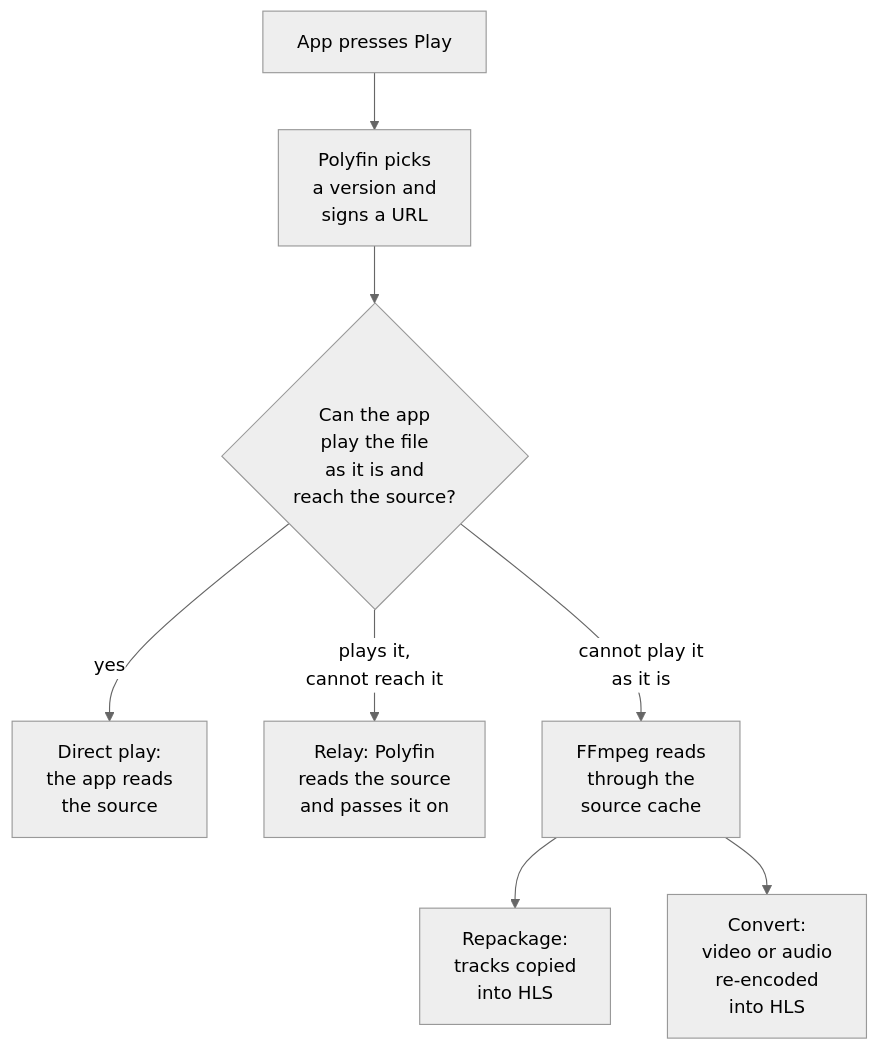
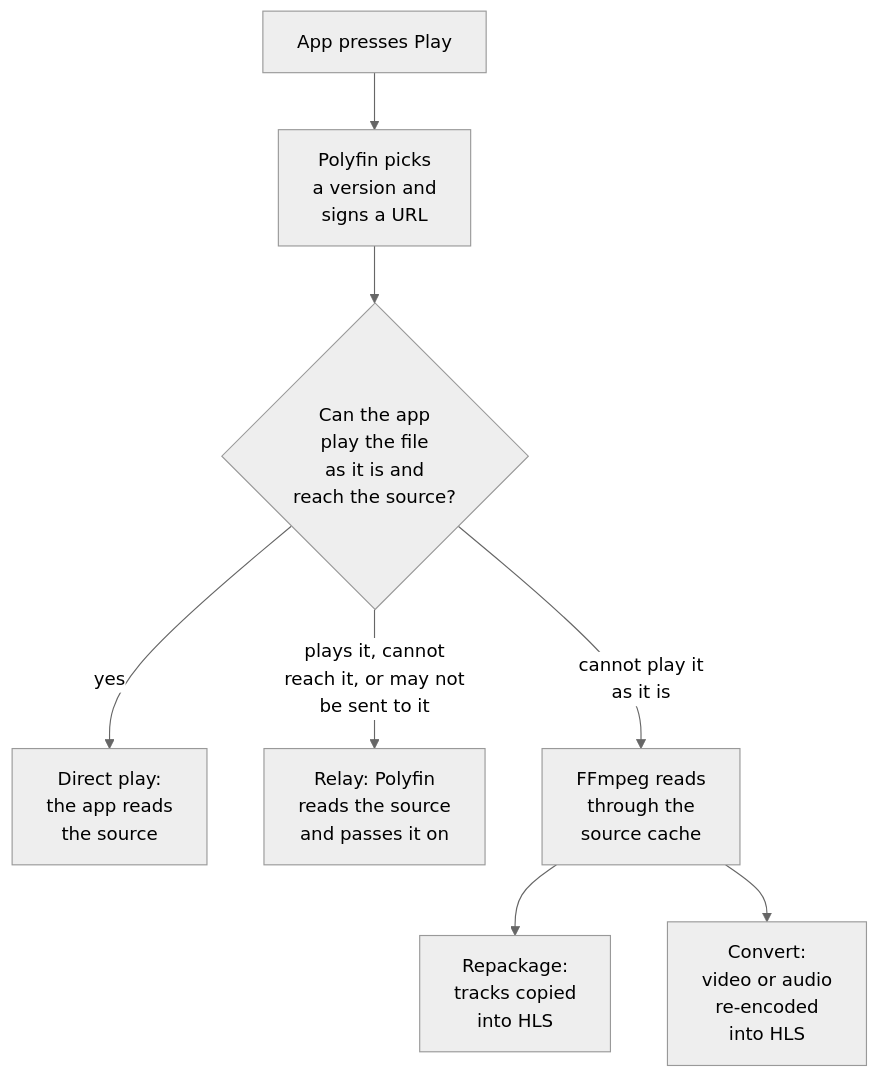
The diagram in docs/playback.md (moodiness/polyfin), drawn with Mermaid (neutral theme) before and after one commit. The commit also changed other lines of this file and 5 other files, not shown here.

First line of the commit message:
docs(playback): tell who is sent to a source

````diff
--- a/docs/playback.md
+++ b/docs/playback.md
@@ -11,10 +11,10 @@
 ```mermaid
 flowchart TD
   A["App presses Play"] --> P["Polyfin picks<br>a version and<br>signs a URL"]
   P --> Q{"Can the app<br>play the file<br>as it is and<br>reach the source?"}
   Q -->|"yes"| D["Direct play:<br>the app reads<br>the source"]
-  Q -->|"plays it,<br>cannot reach it"| R["Relay: Polyfin<br>reads the source<br>and passes it on"]
+  Q -->|"plays it, cannot<br>reach it, or may not<br>be sent to it"| R["Relay: Polyfin<br>reads the source<br>and passes it on"]
   Q -->|"cannot play it<br>as it is"| F["FFmpeg reads<br>through the<br>source cache"]
   F --> RP["Repackage:<br>tracks copied<br>into HLS"]
   F --> CV["Convert:<br>video or audio<br>re-encoded<br>into HLS"]
 ```
````
